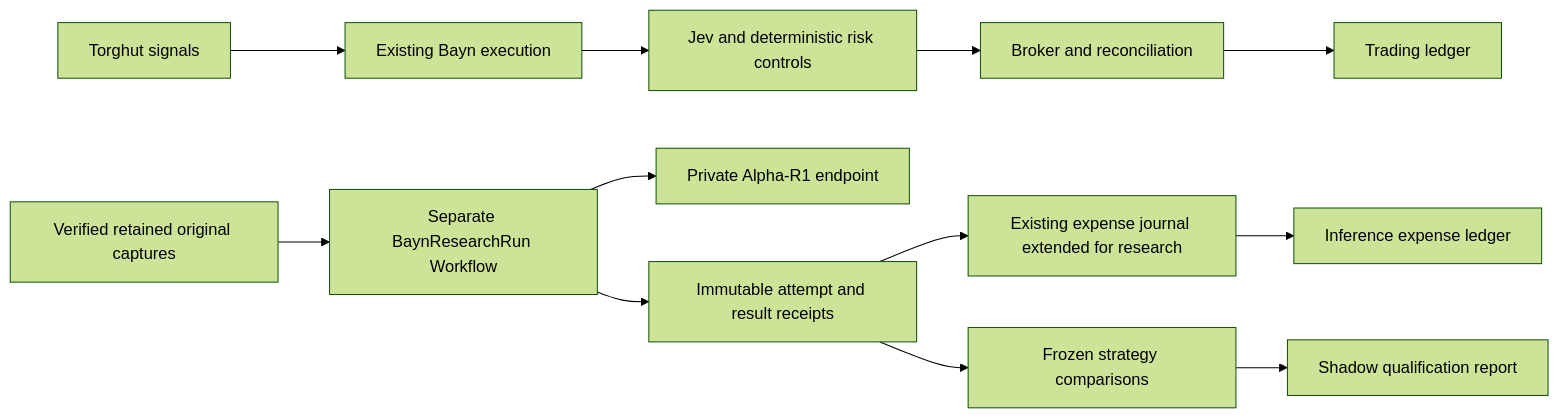
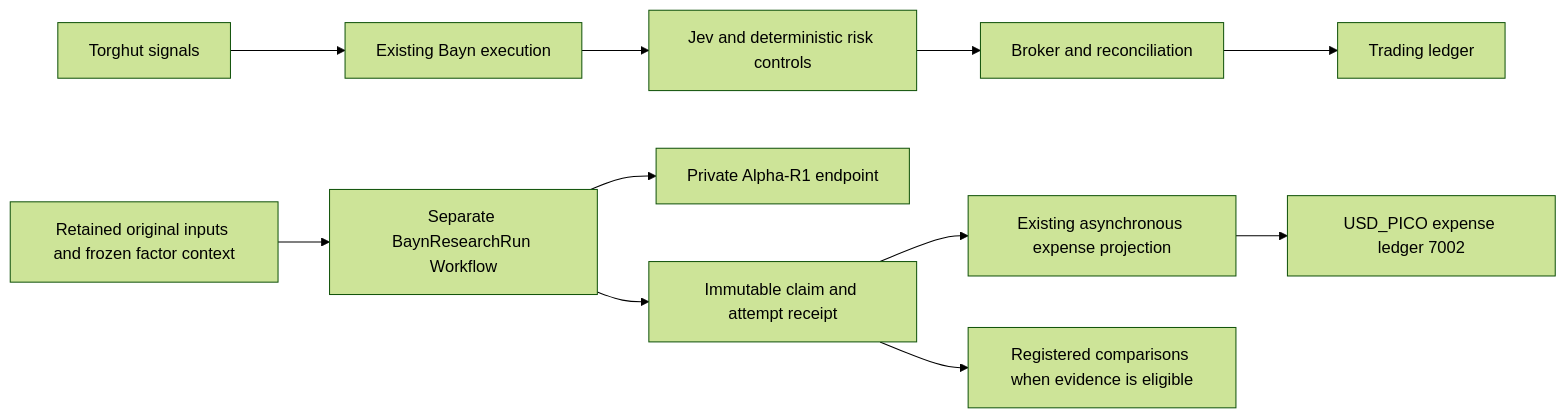
Before and after one commit to gregkonush/lab: the diagram in docs/bayn/alpha-r1-research-plan.md, drawn with Mermaid (forest theme). The commit also changed other lines of this file and 37 other files, not shown here.

Commit message:
feat(bayn): isolate Alpha-R1 research and journal inference expenses

````diff
--- a/docs/bayn/alpha-r1-research-plan.md
+++ b/docs/bayn/alpha-r1-research-plan.md
@@ -42,14 +14,13 @@
 ```mermaid
 flowchart LR
   TA[Torghut signals] --> EX[Existing Bayn execution]
   EX --> J[Jev and deterministic risk controls]
   J --> BR[Broker and reconciliation]
   BR --> TL[Trading ledger]
-  CAP[Verified retained original captures] --> RW[Separate BaynResearchRun Workflow]
+  CAP[Retained original inputs and frozen factor context] --> RW[Separate BaynResearchRun Workflow]
   RW --> M[Private Alpha-R1 endpoint]
-  RW --> RR[Immutable attempt and result receipts]
-  RR --> COST[Existing expense journal extended for research]
-  COST --> EL[Inference expense ledger]
-  RR --> COMP[Frozen strategy comparisons]
-  COMP --> Q[Shadow qualification report]
+  RW --> RR[Immutable claim and attempt receipt]
+  RR --> COST[Existing asynchronous expense projection]
+  COST --> EL[USD_PICO expense ledger 7002]
+  RR --> COMP[Registered comparisons when evidence is eligible]
 ```
````
